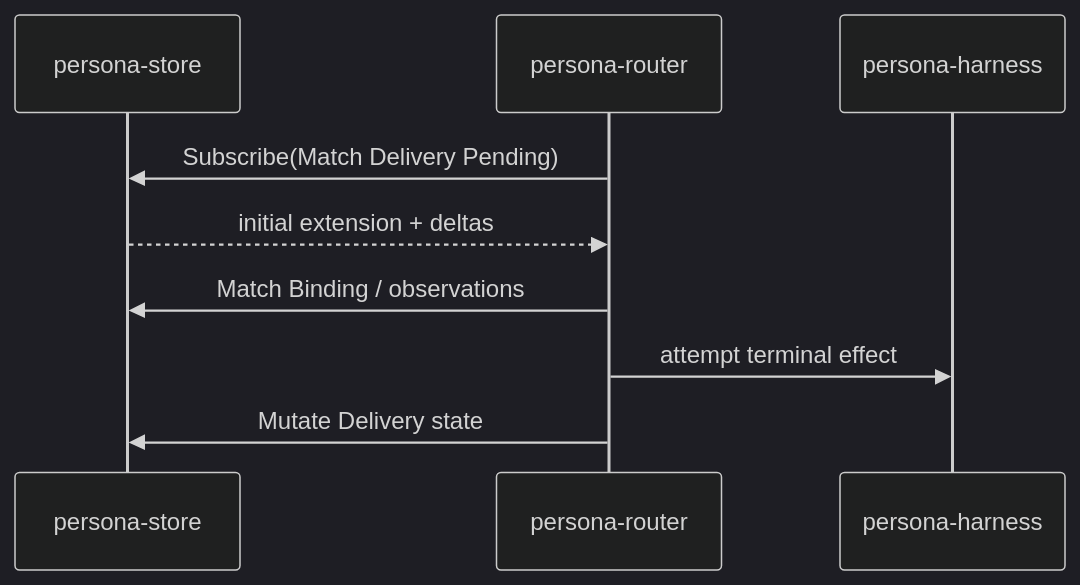
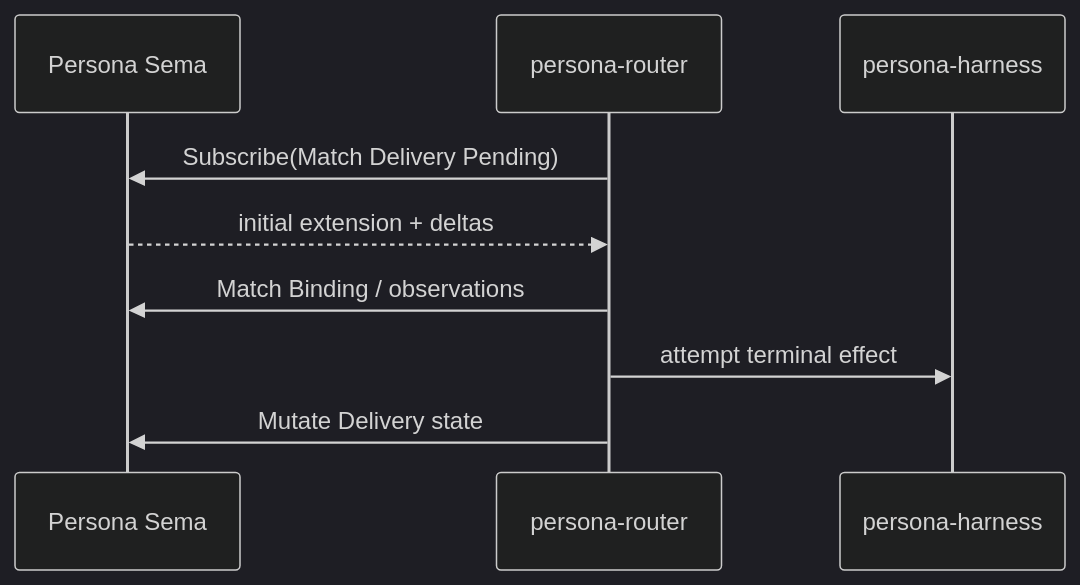
The tenth of 13 diagrams in reports/operator/12-universal-message-implementation.md (LiGoldragon/primary), drawn with Mermaid (dark theme) before and after one commit. The commit also changed other lines of this file, not shown here.

Commit message:
amend universal message report for sema pivot

````diff
--- a/reports/operator/12-universal-message-implementation.md
+++ b/reports/operator/12-universal-message-implementation.md
@@ -261,12 +322,12 @@
 ```mermaid
 sequenceDiagram
-    participant Store as persona-store
+    participant Store as Persona Sema
     participant Router as persona-router
     participant Harness as persona-harness
 
     Router->>Store: Subscribe(Match Delivery Pending)
     Store-->>Router: initial extension + deltas
     Router->>Store: Match Binding / observations
     Router->>Harness: attempt terminal effect
     Router->>Store: Mutate Delivery state
 ```
````
